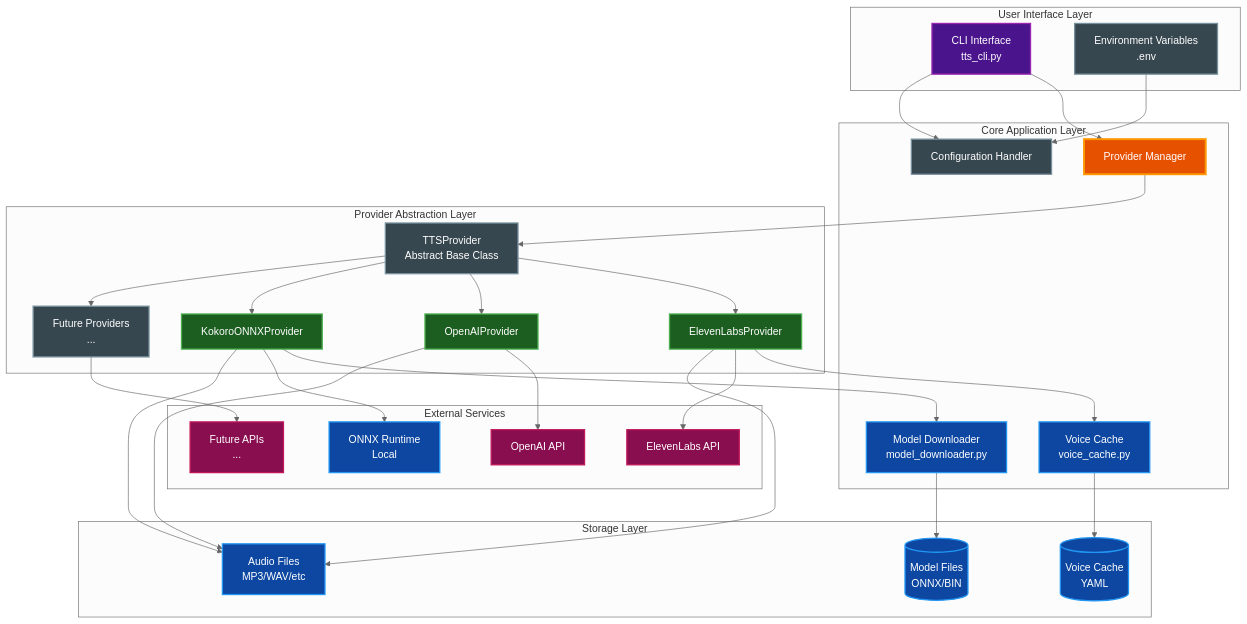
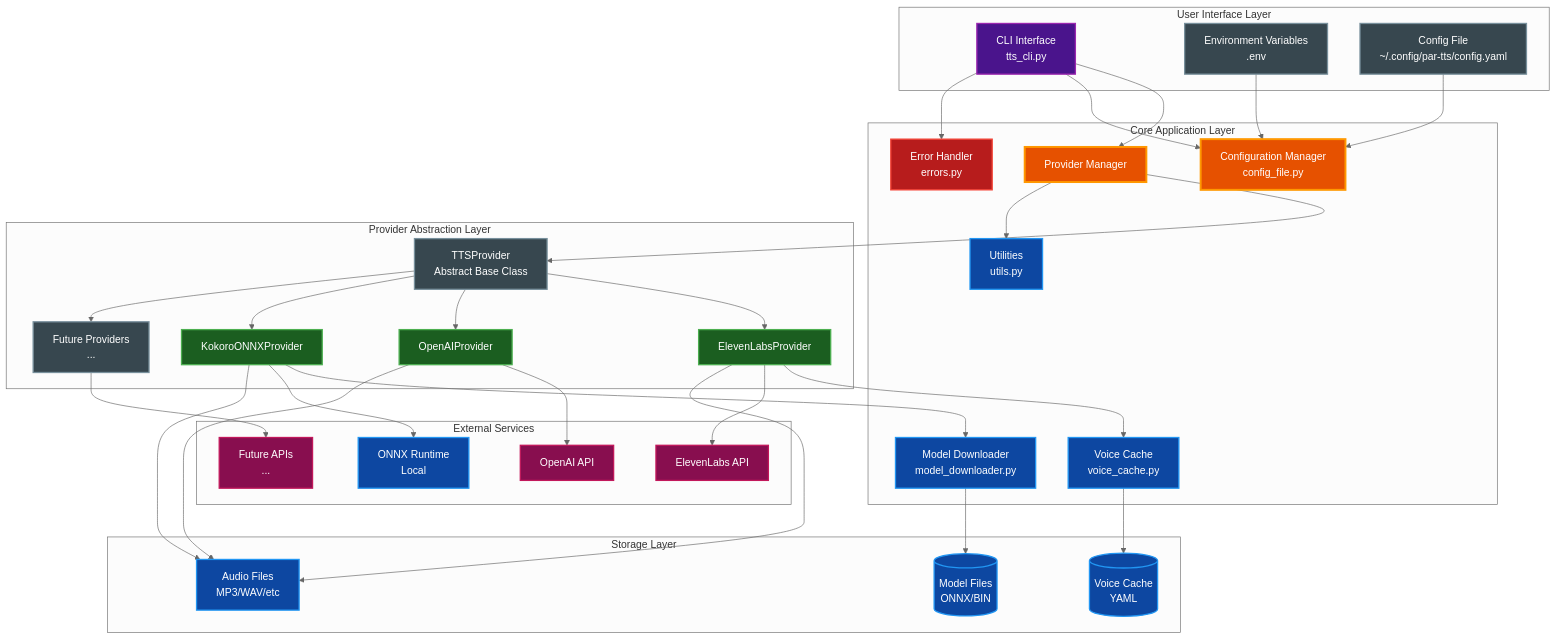
One commit to paulrobello/par-cli-tts changed the first of 20 diagrams in docs/ARCHITECTURE.md. Above: the diagram before and after it, drawn with Mermaid (neutral theme). The commit also changed other lines of this file and 17 other files, not shown here.

```diff
--- a/docs/ARCHITECTURE.md
+++ b/docs/ARCHITECTURE.md
@@ -24,13 +24,16 @@
     subgraph "User Interface Layer"
         CLI[CLI Interface<br/>tts_cli.py]
         ENV[Environment Variables<br/>.env]
+        CONF[Config File<br/>~/.config/par-tts/config.yaml]
     end
 
     subgraph "Core Application Layer"
         PM[Provider Manager]
         VC[Voice Cache<br/>voice_cache.py]
         MD[Model Downloader<br/>model_downloader.py]
-        CFG[Configuration Handler]
+        CFG[Configuration Manager<br/>config_file.py]
+        ERR[Error Handler<br/>errors.py]
+        UTIL[Utilities<br/>utils.py]
     end
 
     subgraph "Provider Abstraction Layer"
@@ -56,8 +59,11 @@
 
     CLI --> PM
     CLI --> CFG
+    CLI --> ERR
     ENV --> CFG
+    CONF --> CFG
     PM --> BASE
+    PM --> UTIL
     BASE --> EL
     BASE --> OA
     BASE --> KO
@@ -79,7 +85,10 @@
     style PM fill:#e65100,stroke:#ff9800,stroke-width:3px,color:#ffffff
     style VC fill:#0d47a1,stroke:#2196f3,stroke-width:2px,color:#ffffff
     style MD fill:#0d47a1,stroke:#2196f3,stroke-width:2px,color:#ffffff
-    style CFG fill:#37474f,stroke:#78909c,stroke-width:2px,color:#ffffff
+    style CONF fill:#37474f,stroke:#78909c,stroke-width:2px,color:#ffffff
+    style CFG fill:#e65100,stroke:#ff9800,stroke-width:3px,color:#ffffff
+    style ERR fill:#b71c1c,stroke:#f44336,stroke-width:2px,color:#ffffff
+    style UTIL fill:#0d47a1,stroke:#2196f3,stroke-width:2px,color:#ffffff
     style BASE fill:#37474f,stroke:#78909c,stroke-width:2px,color:#ffffff
     style EL fill:#1b5e20,stroke:#4caf50,stroke-width:2px,color:#ffffff
     style OA fill:#1b5e20,stroke:#4caf50,stroke-width:2px,color:#ffffff
```
